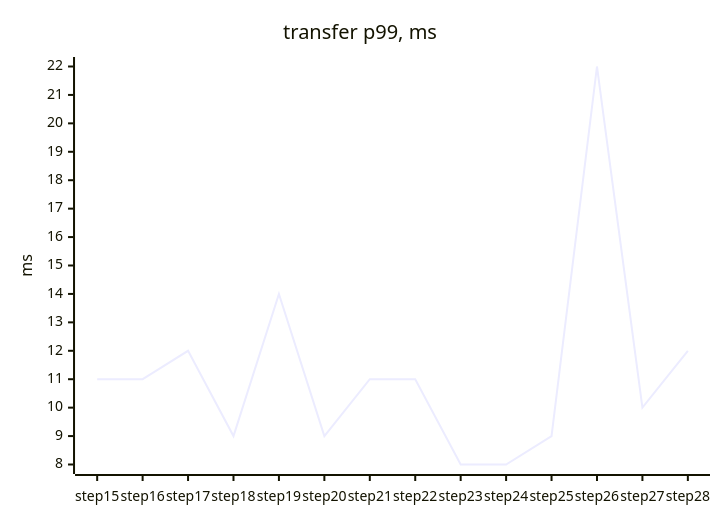
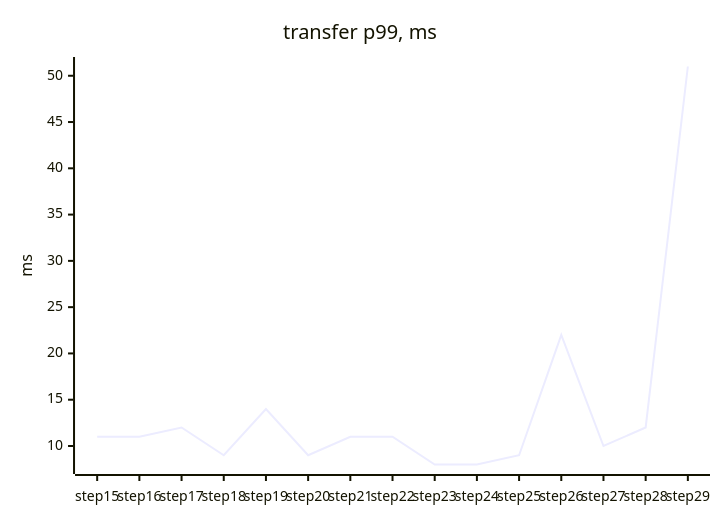
The first of 4 diagrams in docs/perf/README.md (tanvoid0/ledgerflow), drawn with Mermaid before and after one commit. The commit also changed other lines of this file and 13 other files, not shown here.

````diff
--- a/docs/perf/README.md
+++ b/docs/perf/README.md
@@ -31,7 +32,7 @@
 ```mermaid
 xychart-beta
     title "transfer p99, ms"
-    x-axis ["step15", "step16", "step17", "step18", "step19", "step20", "step21", "step22", "step23", "step24", "step25", "step26", "step27", "step28"]
+    x-axis ["step15", "step16", "step17", "step18", "step19", "step20", "step21", "step22", "step23", "step24", "step25", "step26", "step27", "step28", "step29"]
     y-axis "ms"
-    line [11, 11, 12, 9, 14, 9, 11, 11, 8, 8, 9, 22, 10, 12]
+    line [11, 11, 12, 9, 14, 9, 11, 11, 8, 8, 9, 22, 10, 12, 51]
 ```
````
